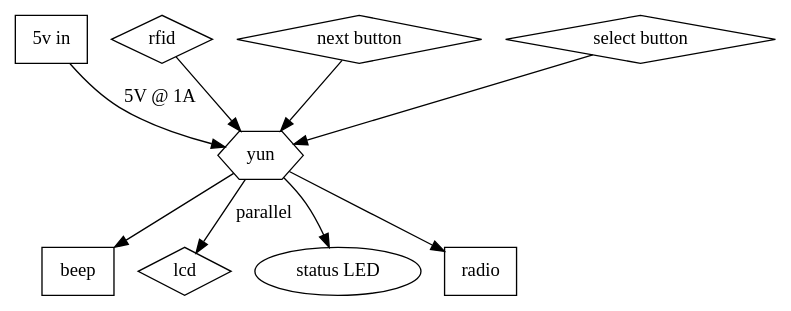
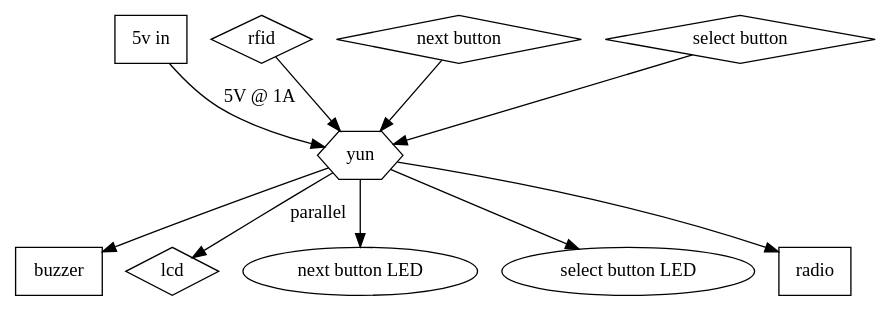
Before and after one commit to mattvenn/hackspace-power-controller: the diagram in electronics/electrical.dot, drawn with Graphviz. The commit also changed 3 other files, not shown here.

```diff
--- a/electronics/electrical.dot
+++ b/electronics/electrical.dot
@@ -1,27 +1,30 @@
 strict digraph G {
     yun[shape=hexagon];
-    beep[shape=box];
+    buzzer[shape=box];
     power_in[shape=box];
     rfid[shape=diamond];
     lcd[shape=diamond];
-    status_led;
     next_but[shape=diamond];
     select_but[shape=diamond];
+    next_but_led;
+    select_but_led;
     radio[shape=box];
 
     power_in -> yun[label="5V @ 1A"];
     power_in[label="5v in"]
 
     yun -> lcd[label="parallel"];
     yun -> radio;
     rfid -> yun;
-    yun -> beep;
-    yun -> status_led;
+    yun -> buzzer;
+    yun -> next_but_led;
+    yun -> select_but_led;
     next_but -> yun;
     select_but -> yun;
 
     next_but[label="next button"]
     select_but[label="select button"]
-    status_led[label="status LED"]
+    next_but_led[label="next button LED"]
+    select_but_led[label="select button LED"]
 
 }
```
